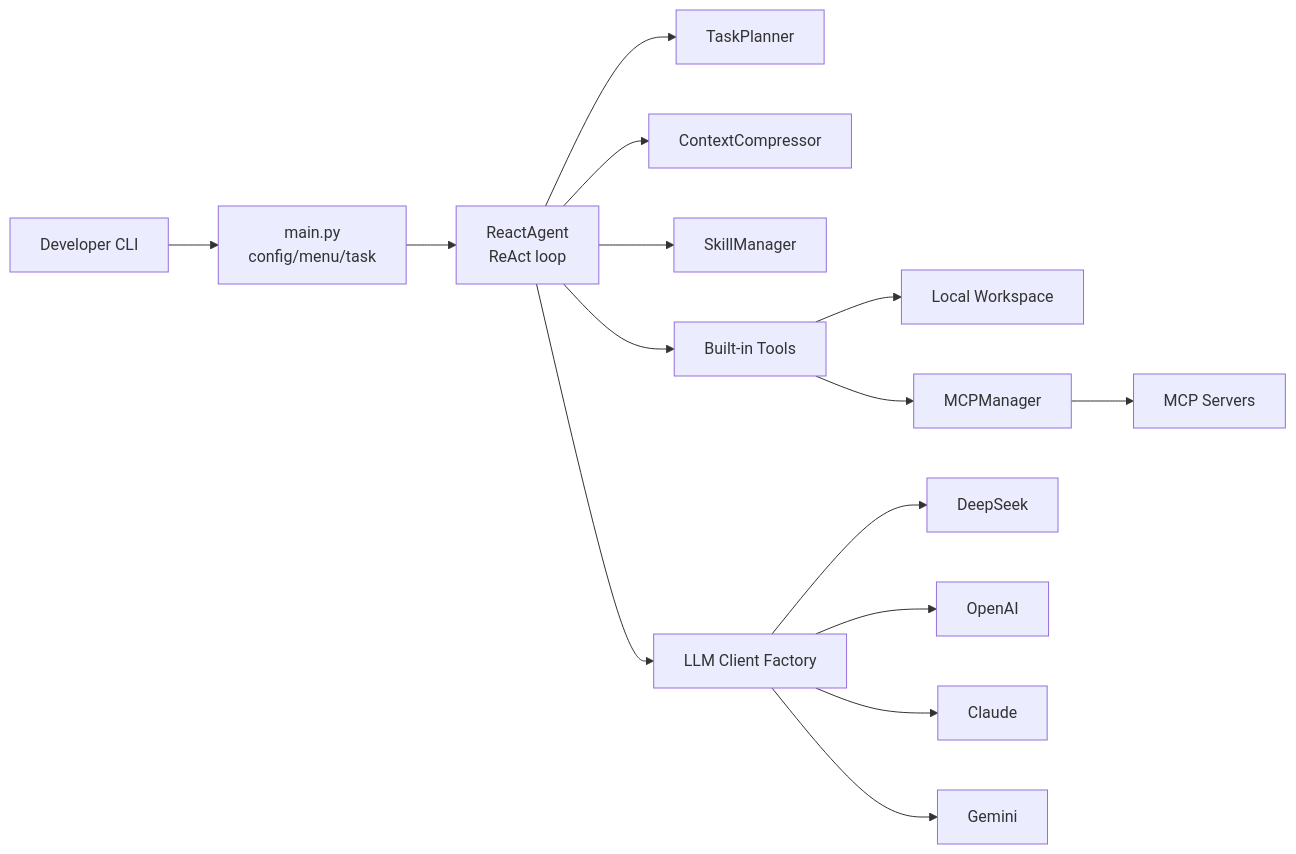
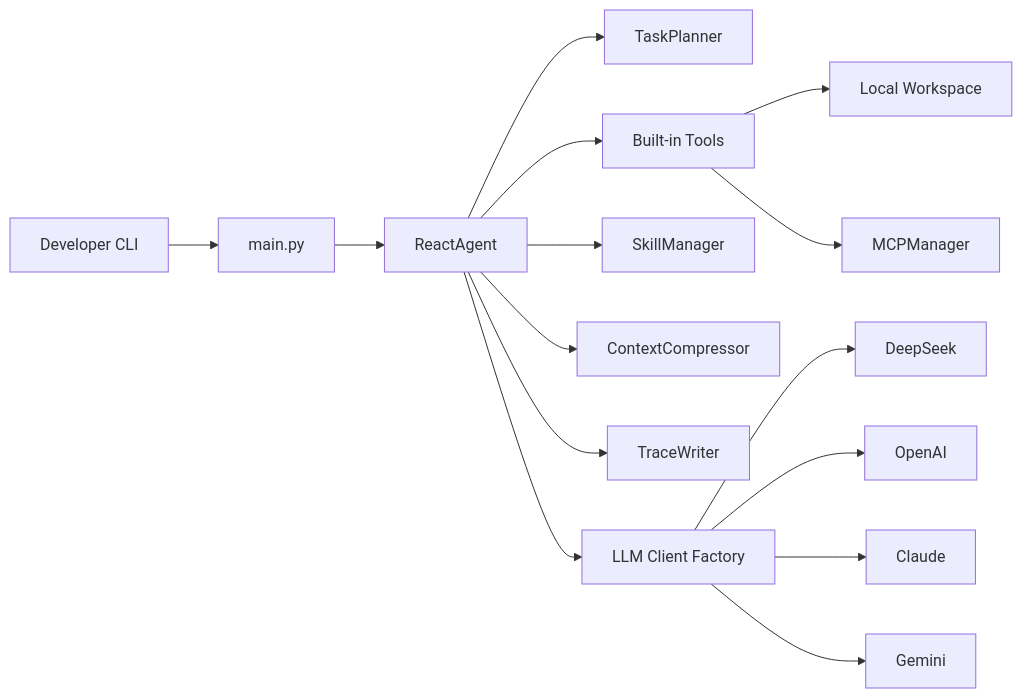
The diagram in README.md (hwfengcs/DM-Code-Agent), drawn with Mermaid before and after one commit. The commit also changed other lines of this file and 24 other files, not shown here.

````diff
--- a/README.md
+++ b/README.md
@@ -87,17 +127,17 @@
 ```mermaid
 flowchart LR
-    User[Developer CLI] --> Main[main.py<br/>config/menu/task]
-    Main --> Agent[ReactAgent<br/>ReAct loop]
+    User[Developer CLI] --> Main[main.py]
+    Main --> Agent[ReactAgent]
     Agent --> Planner[TaskPlanner]
+    Agent --> Tools[Built-in Tools]
+    Agent --> Skills[SkillManager]
     Agent --> Memory[ContextCompressor]
-    Agent --> Skills[SkillManager]
-    Agent --> Tools[Built-in Tools]
-    Agent --> LLM[LLM Client Factory]
+    Agent --> Trace[TraceWriter]
     Tools --> Workspace[Local Workspace]
     Tools --> MCP[MCPManager]
-    MCP --> Servers[MCP Servers]
+    Agent --> LLM[LLM Client Factory]
     LLM --> DeepSeek
     LLM --> OpenAI
     LLM --> Claude
     LLM --> Gemini
 ```
````
